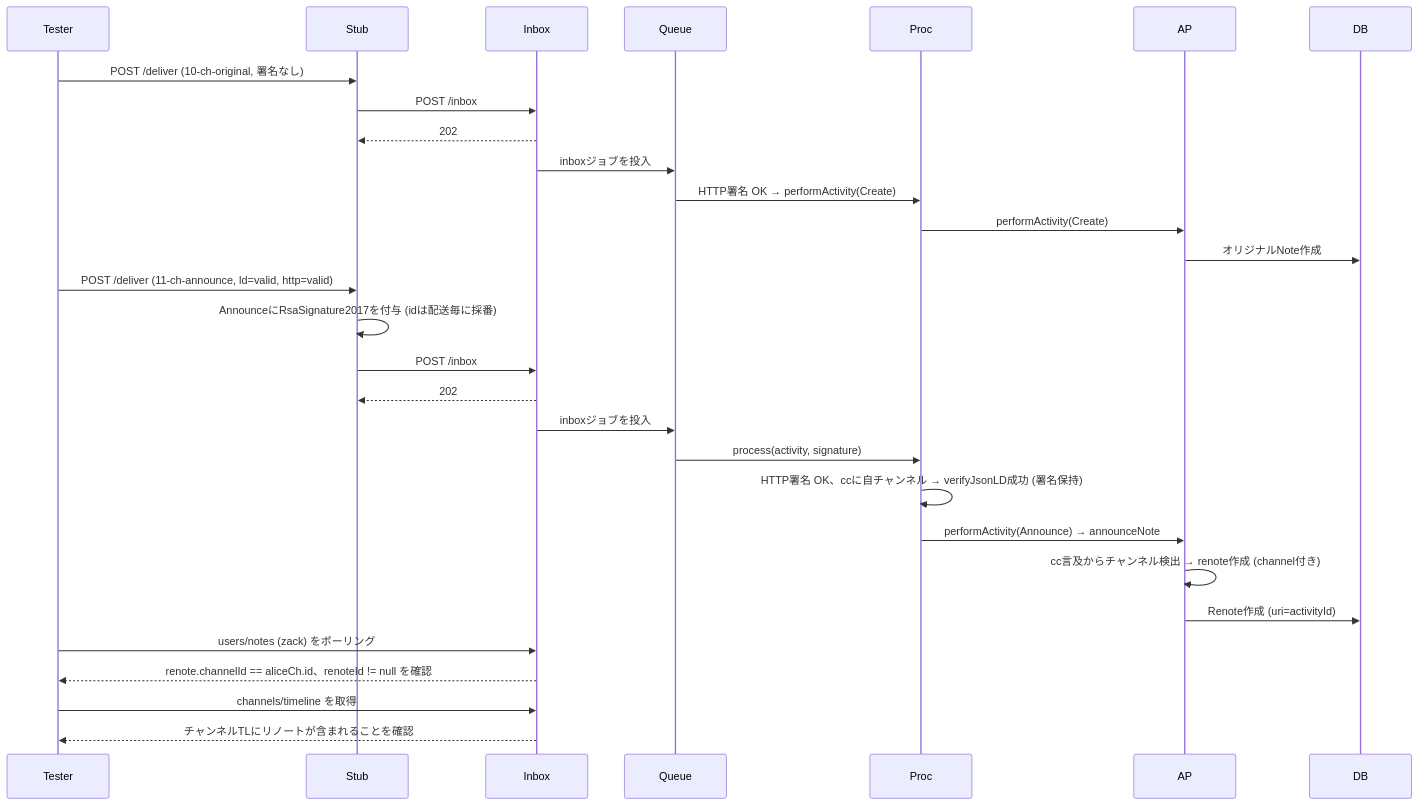
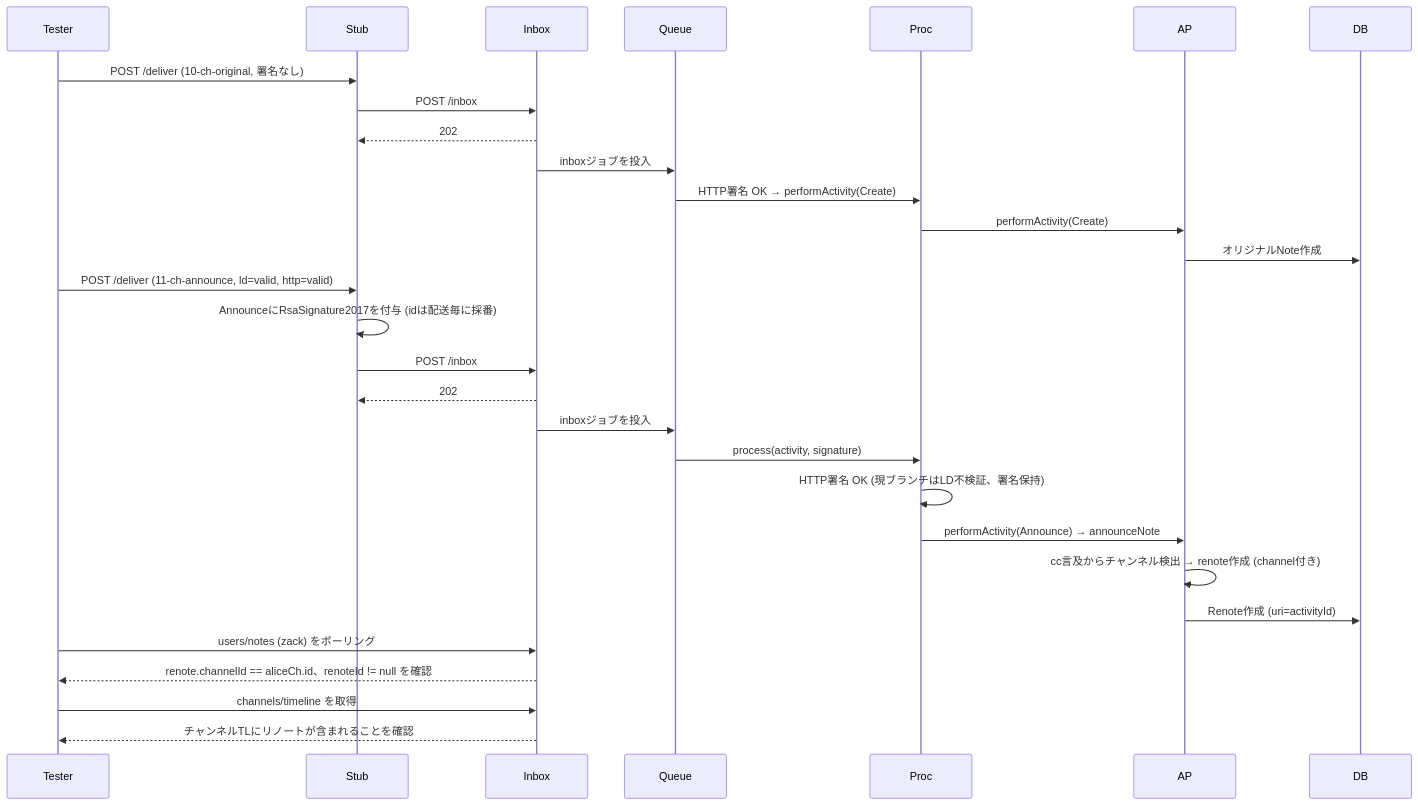
One commit to 4ster1sk/cherrypick changed the tenth of 20 diagrams in packages/backend/test-federation/test/json-ld-channel.sequence.md. Above: the diagram before and after it, drawn with Mermaid. The commit also changed other lines of this file and 3 other files, not shown here.

````diff
--- a/packages/backend/test-federation/test/json-ld-channel.sequence.md
+++ b/packages/backend/test-federation/test/json-ld-channel.sequence.md
@@ -178,24 +178,24 @@
 ```mermaid
 sequenceDiagram
     Tester->>Stub: POST /deliver (10-ch-original, 署名なし)
     Stub->>Inbox: POST /inbox
     Inbox-->>Stub: 202
     Inbox->>Queue: inboxジョブを投入
     Queue->>Proc: HTTP署名 OK → performActivity(Create)
     Proc->>AP: performActivity(Create)
     AP->>DB: オリジナルNote作成
     Tester->>Stub: POST /deliver (11-ch-announce, ld=valid, http=valid)
     Stub->>Stub: AnnounceにRsaSignature2017を付与 (idは配送毎に採番)
     Stub->>Inbox: POST /inbox
     Inbox-->>Stub: 202
     Inbox->>Queue: inboxジョブを投入
     Queue->>Proc: process(activity, signature)
-    Proc->>Proc: HTTP署名 OK、ccに自チャンネル → verifyJsonLD成功 (署名保持)
+    Proc->>Proc: HTTP署名 OK (現ブランチはLD不検証、署名保持)
     Proc->>AP: performActivity(Announce) → announceNote
     AP->>AP: cc言及からチャンネル検出 → renote作成 (channel付き)
     AP->>DB: Renote作成 (uri=activityId)
     Tester->>Inbox: users/notes (zack) をポーリング
     Inbox-->>Tester: renote.channelId == aliceCh.id、renoteId != null を確認
     Tester->>Inbox: channels/timeline を取得
     Inbox-->>Tester: チャンネルTLにリノートが含まれることを確認
 ```
````
